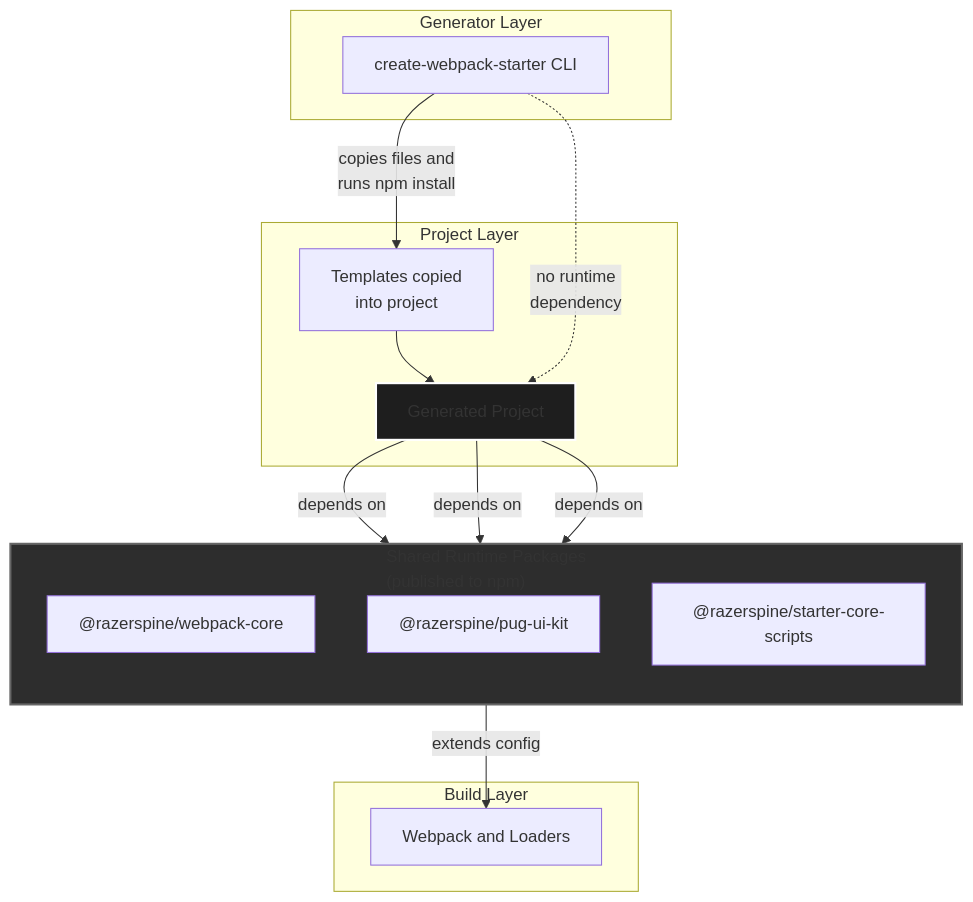
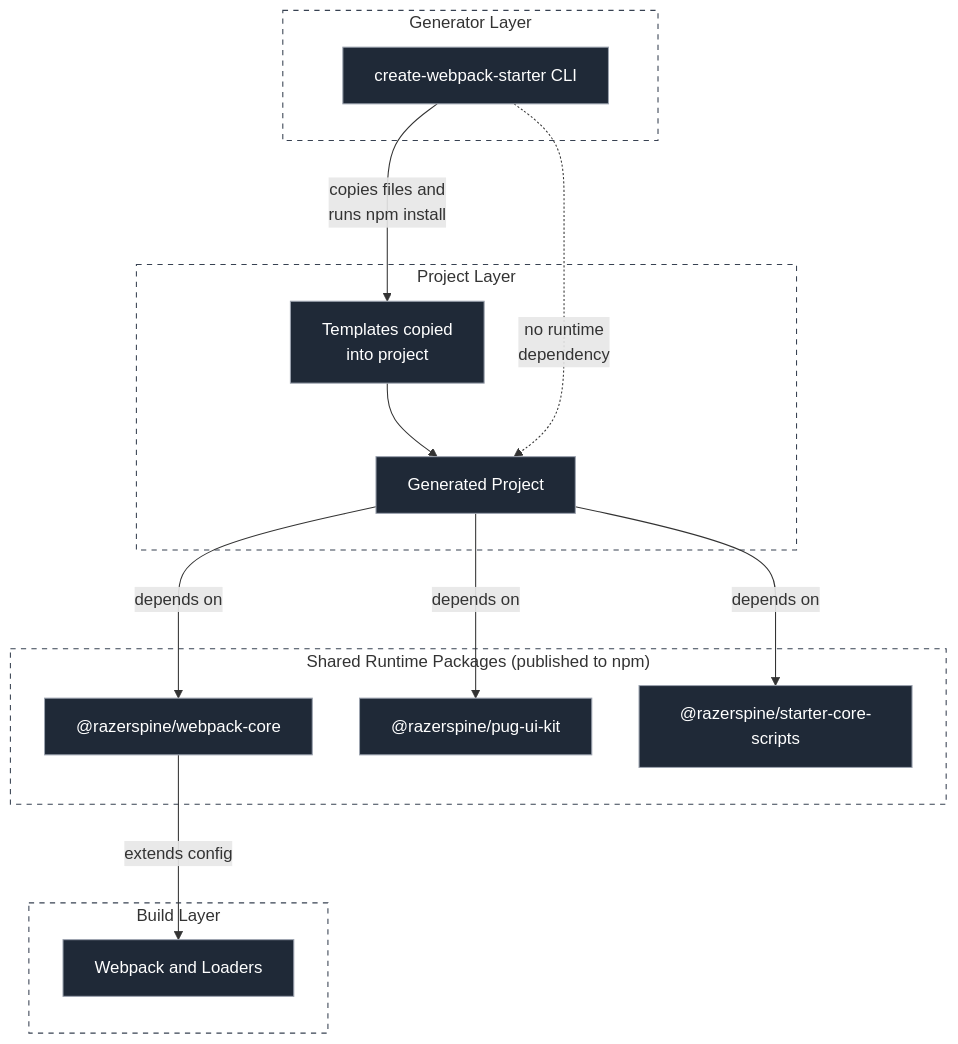
One commit to Razerspine/razerspine-stack changed the diagram in docs/architecture.md. Above: the diagram before and after it, drawn with Mermaid. The commit also changed other lines of this file, not shown here.

````diff
--- a/docs/architecture.md
+++ b/docs/architecture.md
@@ -6,52 +6,57 @@
 ```mermaid
+%%{init: { 'flowchart': { 'rankSpacing': 70, 'nodeSpacing': 45, 'curve': 'basis' } } }%%
 flowchart TD
 
 %% =========================
 %% Generator Layer
 %% =========================
 subgraph L1 ["Generator Layer"]
     CLI["create-webpack-starter CLI"]
 end
 
 %% =========================
 %% Project Layer
 %% =========================
 subgraph L2 ["Project Layer"]
     TEMPLATES["Templates copied<br/>into project"]
     PROJECT["Generated Project"]
 end
 
 %% =========================
 %% Runtime Layer
 %% =========================
-subgraph L3 ["Shared Runtime Packages<br/>(published to npm)"]
-    direction TB
+subgraph L3 ["Shared Runtime Packages (published to npm)"]
     CORE["@razerspine/webpack-core"]
     UI["@razerspine/pug-ui-kit"]
     SCRIPTS["@razerspine/starter-core-scripts"]
 end
 
 %% =========================
 %% Build Layer
 %% =========================
 subgraph L4 ["Build Layer"]
     WEBPACK["Webpack and Loaders"]
 end
 
-%% Flow
+%% =========================
+%% Connections (Flow)
+%% =========================
 CLI -- "copies files and<br/>runs npm install" --> TEMPLATES
 TEMPLATES --> PROJECT
 
 PROJECT -- "depends on" --> CORE
 PROJECT -- "depends on" --> UI
 PROJECT -- "depends on" --> SCRIPTS
 
 CORE -- "extends config" --> WEBPACK
 
-%% Important constraint
+%% Important constraint (dashed line)
 CLI -.->|"no runtime<br/>dependency"| PROJECT
 
-%% Styling for clarity
-style L3 fill:#2d2d2d,stroke:#666,stroke-width:2px
-style PROJECT fill:#1e1e1e,stroke:#fff,stroke-width:2px
+%% Styling
+classDef default fill:#1f2937,stroke:#9ca3af,stroke-width:1px,color:#fff
+style L1 fill:none,stroke:#374151,stroke-dasharray: 5 5
+style L2 fill:none,stroke:#374151,stroke-dasharray: 5 5
+style L3 fill:none,stroke:#374151,stroke-dasharray: 5 5
+style L4 fill:none,stroke:#374151,stroke-dasharray: 5 5
 ```
````
